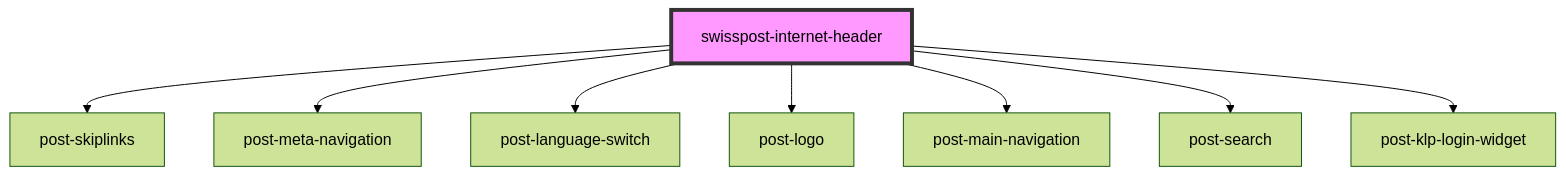
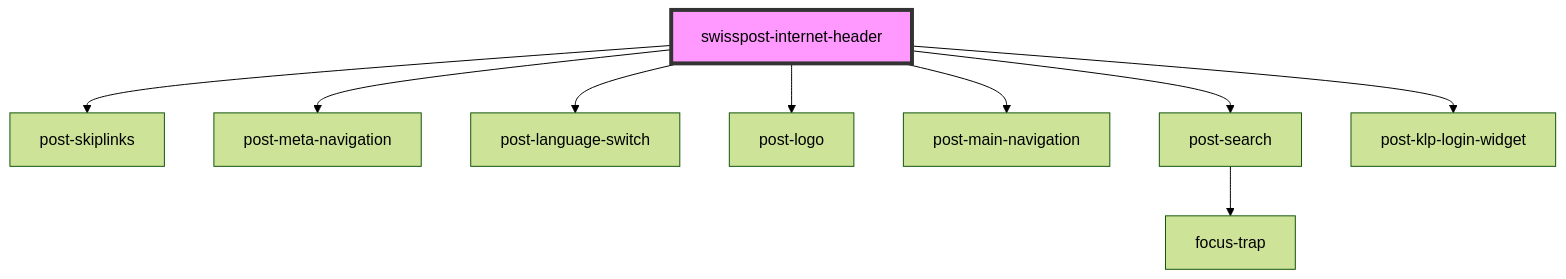
Before and after one commit to swisspost/design-system: the diagram in packages/internet-header/src/components/post-internet-header/readme.md, drawn with Mermaid (forest theme). The commit also changed 11 other files, not shown here.

Commit message:
Use focus-trap utility and convert to real component instead of functionalcomponent to be able to target element without hack

````diff
--- a/packages/internet-header/src/components/post-internet-header/readme.md
+++ b/packages/internet-header/src/components/post-internet-header/readme.md
@@ -64,11 +64,12 @@
 ```mermaid
 graph TD;
   swisspost-internet-header --> post-skiplinks
   swisspost-internet-header --> post-meta-navigation
   swisspost-internet-header --> post-language-switch
   swisspost-internet-header --> post-logo
   swisspost-internet-header --> post-main-navigation
   swisspost-internet-header --> post-search
   swisspost-internet-header --> post-klp-login-widget
+  post-search --> focus-trap
   style swisspost-internet-header fill:#f9f,stroke:#333,stroke-width:4px
 ```
````
